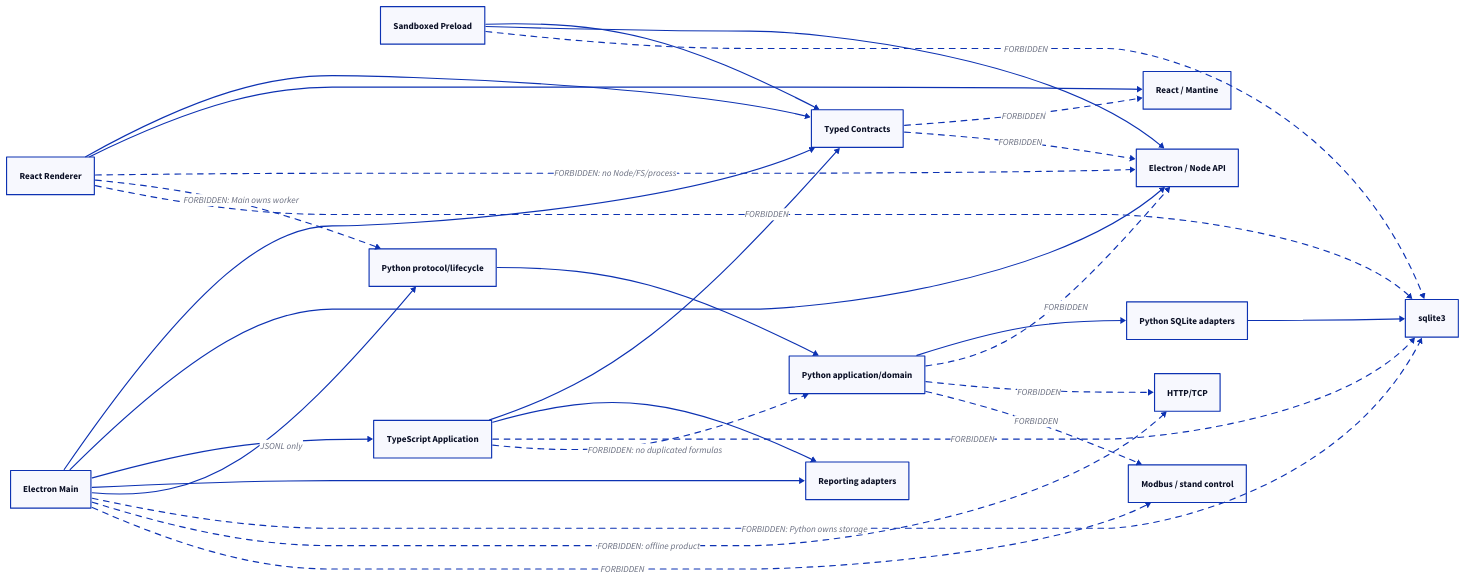
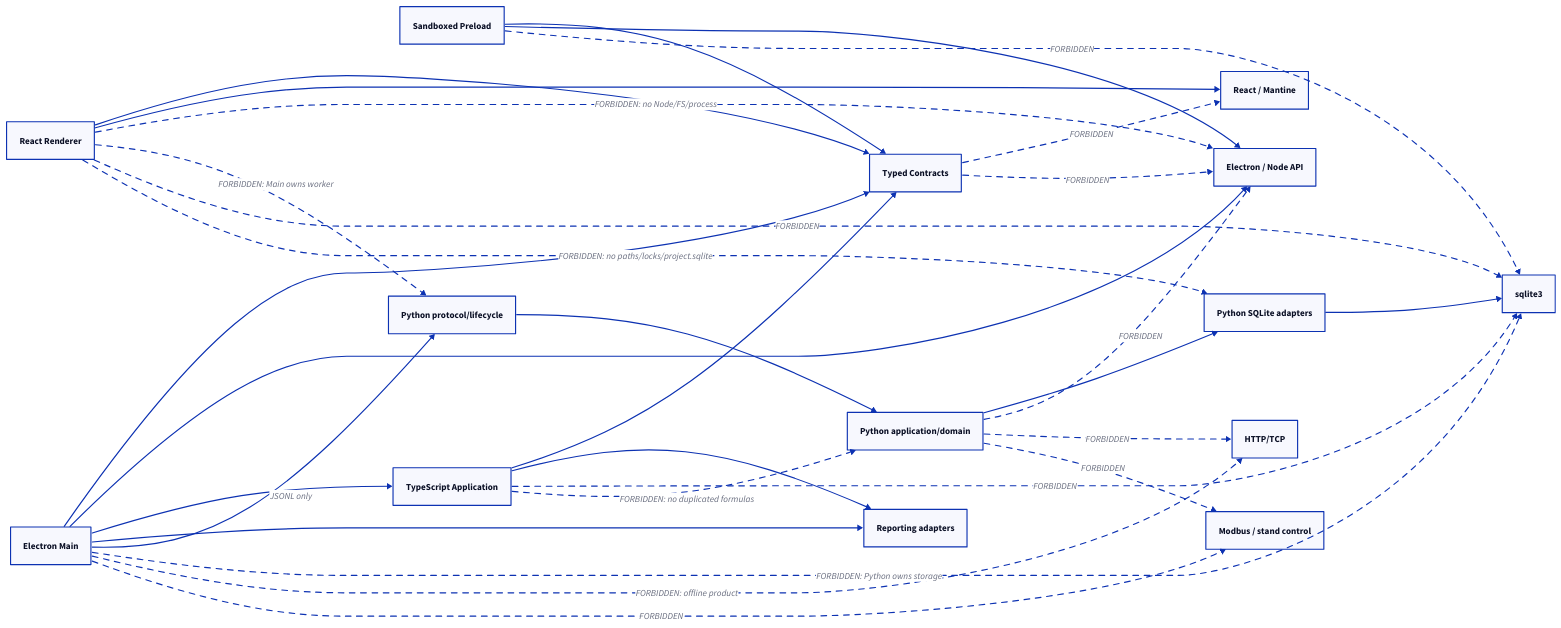
The diagram in docs/architecture/dependency-boundaries-rules.md (vitalcc55/impeller-reliability), drawn with D2 before and after one commit. The commit also changed 69 other files, not shown here.

````diff
--- a/docs/architecture/dependency-boundaries-rules.md
+++ b/docs/architecture/dependency-boundaries-rules.md
@@ -5,48 +5,49 @@
 ```d2
 direction: right
 
 Renderer: "React Renderer"
 Preload: "Sandboxed Preload"
 Main: "Electron Main"
 TsApplication: "TypeScript Application"
 Contracts: "Typed Contracts"
 Reporting: "Reporting adapters"
 WorkerProtocol: "Python protocol/lifecycle"
 WorkerApplication: "Python application/domain"
 Persistence: "Python SQLite adapters"
 Electron: "Electron / Node API"
 React: "React / Mantine"
 SQLite: "sqlite3"
 Network: "HTTP/TCP"
 StandControl: "Modbus / stand control"
 
 Renderer -> Contracts
 Renderer -> React
 Preload -> Contracts
 Preload -> Electron
 Main -> Contracts
 Main -> Electron
 Main -> TsApplication
 Main -> Reporting
 Main -> WorkerProtocol: "JSONL only"
 TsApplication -> Contracts
 TsApplication -> Reporting
 WorkerProtocol -> WorkerApplication
 WorkerApplication -> Persistence
 Persistence -> SQLite
 
 Renderer -> Electron: "FORBIDDEN: no Node/FS/process" { style.stroke-dash: 5 }
 Renderer -> WorkerProtocol: "FORBIDDEN: Main owns worker" { style.stroke-dash: 5 }
 Renderer -> SQLite: "FORBIDDEN" { style.stroke-dash: 5 }
 Preload -> SQLite: "FORBIDDEN" { style.stroke-dash: 5 }
 TsApplication -> SQLite: "FORBIDDEN" { style.stroke-dash: 5 }
 TsApplication -> WorkerApplication: "FORBIDDEN: no duplicated formulas" { style.stroke-dash: 5 }
 Contracts -> React: "FORBIDDEN" { style.stroke-dash: 5 }
 Contracts -> Electron: "FORBIDDEN" { style.stroke-dash: 5 }
 WorkerApplication -> Electron: "FORBIDDEN" { style.stroke-dash: 5 }
 Main -> SQLite: "FORBIDDEN: Python owns storage" { style.stroke-dash: 5 }
+Renderer -> Persistence: "FORBIDDEN: no paths/locks/project.sqlite" { style.stroke-dash: 5 }
 Main -> Network: "FORBIDDEN: offline product" { style.stroke-dash: 5 }
 WorkerApplication -> Network: "FORBIDDEN" { style.stroke-dash: 5 }
 Main -> StandControl: "FORBIDDEN" { style.stroke-dash: 5 }
 WorkerApplication -> StandControl: "FORBIDDEN" { style.stroke-dash: 5 }
 ```
````
